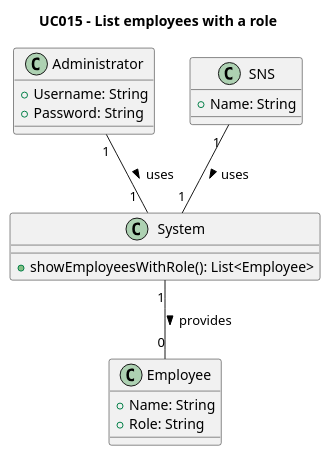
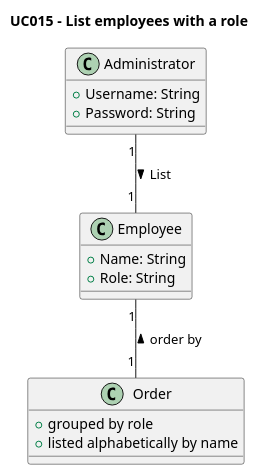
One commit to rafaafig/SnsTrab changed the diagram in sns-base/doc/global/use-cases/UC015/ucd-UCD015-DM.puml. Above: the diagram before and after it, drawn with PlantUML. The commit also changed 10 other files, not shown here.

```diff
--- a/sns-base/doc/global/use-cases/UC015/ucd-UCD015-DM.puml
+++ b/sns-base/doc/global/use-cases/UC015/ucd-UCD015-DM.puml
@@ -1,32 +1,27 @@
 @startuml
 'skinparam monochrome true
 'skinparam shadowing false
 
 title UC015 - List employees with a role
 
 class Administrator {
     +Username: String
     +Password: String
 }
 
-class SNS {
-    +Name: String
-}
-
-class System {
-    +showEmployeesWithRole(): List<Employee>
-}
-
 class Employee {
     +Name: String
     +Role: String
 }
 
+class Order {
+    +  grouped by role
+    +  listed alphabetically by name
+}
 ' Relationships
-Administrator "1" -- "                    1" System : uses >
-SNS "                1" -- "1" System : uses >
-System "1" -- "0" Employee : provides >
+Administrator "1" -- "  1" Employee : List >
+Employee "1" -- "  1" Order : order by <
 
 
 
 @enduml
```
